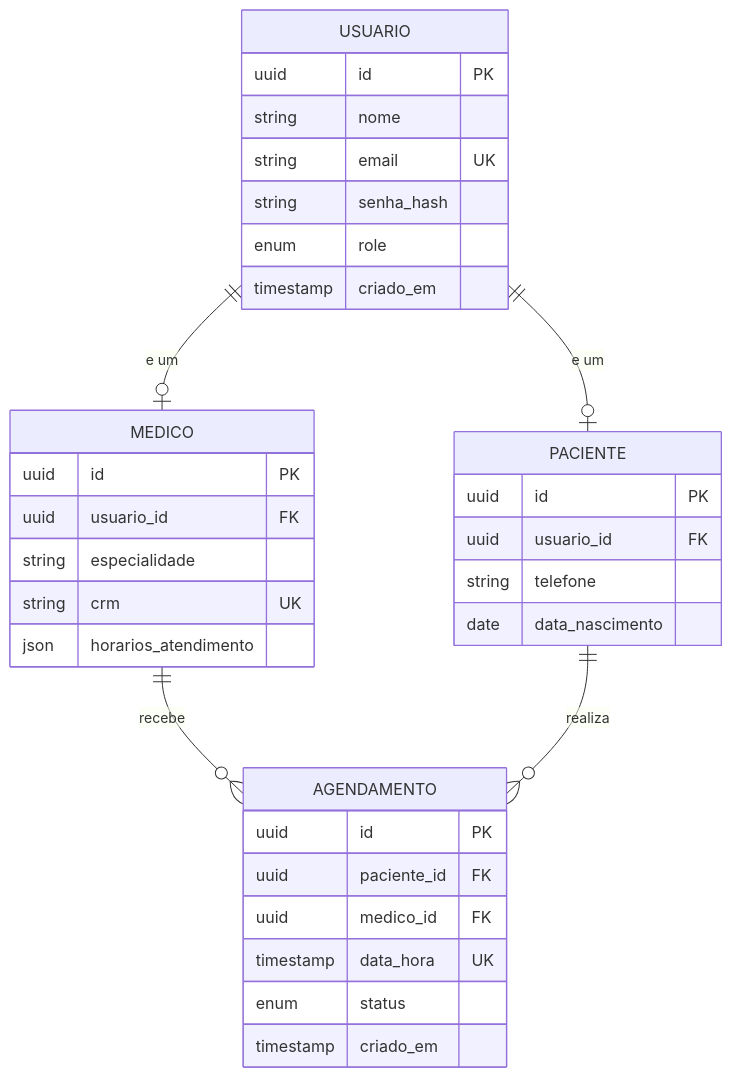
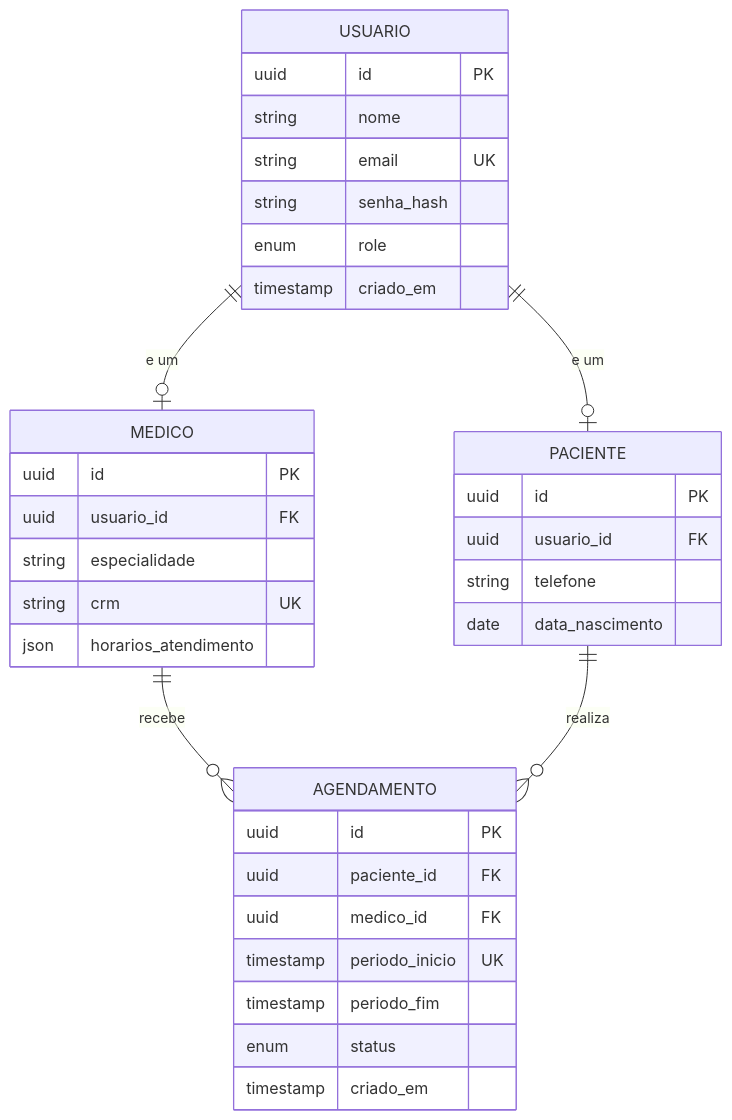
Before and after one commit to vitorbansen/Portifolio-MedSync: the seventh of 8 diagrams in README.md, drawn with Mermaid. The commit also changed other lines of this file and 19 other files, not shown here.

````diff
--- a/README.md
+++ b/README.md
@@ -499,40 +504,41 @@
 ```mermaid
 erDiagram
     USUARIO ||--o| MEDICO : "e um"
     USUARIO ||--o| PACIENTE : "e um"
     MEDICO ||--o{ AGENDAMENTO : "recebe"
     PACIENTE ||--o{ AGENDAMENTO : "realiza"
 
     USUARIO {
         uuid id PK
         string nome
         string email UK
         string senha_hash
         enum role
         timestamp criado_em
     }
 
     MEDICO {
         uuid id PK
         uuid usuario_id FK
         string especialidade
         string crm UK
         json horarios_atendimento
     }
 
     PACIENTE {
         uuid id PK
         uuid usuario_id FK
         string telefone
         date data_nascimento
     }
 
     AGENDAMENTO {
         uuid id PK
         uuid paciente_id FK
         uuid medico_id FK
-        timestamp data_hora UK
+        timestamp periodo_inicio UK
+        timestamp periodo_fim
         enum status
         timestamp criado_em
     }
 ```
````
